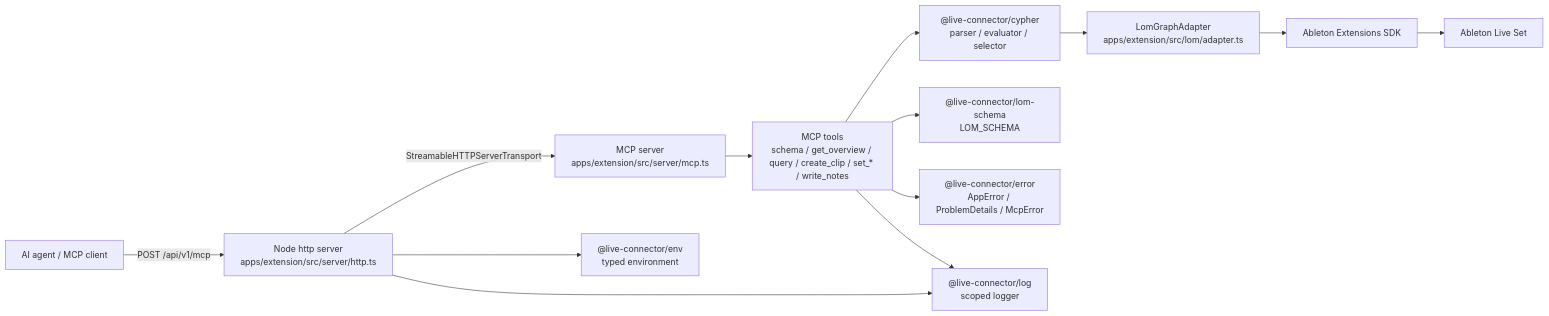
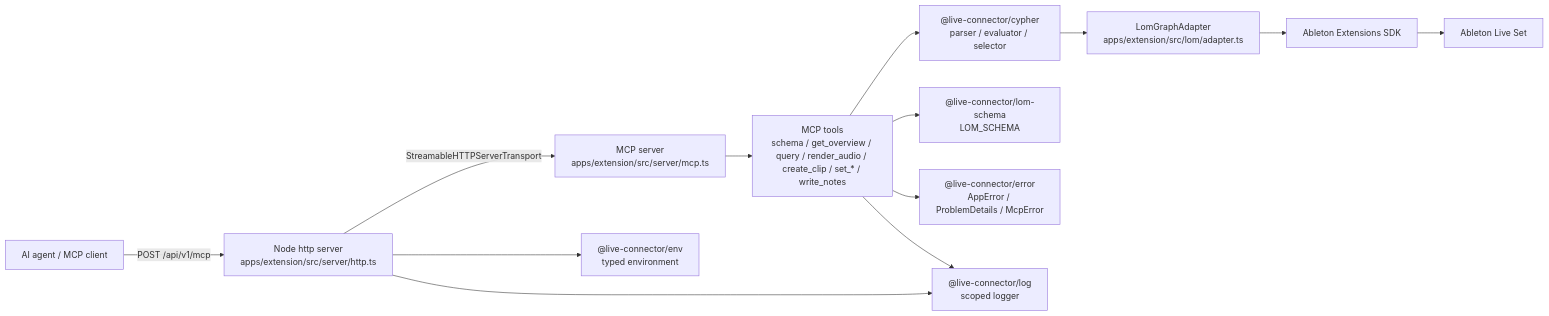
Before and after one commit to philtzjp/live-connector: the first of 7 diagrams in llm/ARCHITECTURE.md, drawn with Mermaid. The commit also changed other lines of this file and 1 other file, not shown here.

Commit message:
docs(llm): render_audio モデルを追加する

````diff
--- a/llm/ARCHITECTURE.md
+++ b/llm/ARCHITECTURE.md
@@ -9,28 +9,28 @@
 ```mermaid
 flowchart LR
     agent["AI agent / MCP client"]
     http["Node http server<br/>apps/extension/src/server/http.ts"]
     mcp["MCP server<br/>apps/extension/src/server/mcp.ts"]
-    tools["MCP tools<br/>schema / get_overview / query / create_clip / set_* / write_notes"]
+    tools["MCP tools<br/>schema / get_overview / query / render_audio / create_clip / set_* / write_notes"]
     cypher["@live-connector/cypher<br/>parser / evaluator / selector"]
     adapter["LomGraphAdapter<br/>apps/extension/src/lom/adapter.ts"]
     sdk["Ableton Extensions SDK"]
     live["Ableton Live Set"]
     schema["@live-connector/lom-schema<br/>LOM_SCHEMA"]
     env["@live-connector/env<br/>typed environment"]
     error["@live-connector/error<br/>AppError / ProblemDetails / McpError"]
     log["@live-connector/log<br/>scoped logger"]
 
     agent -->|"POST /api/v1/mcp"| http
     http -->|"StreamableHTTPServerTransport"| mcp
     mcp --> tools
     tools --> cypher
     tools --> schema
     cypher --> adapter
     adapter --> sdk
     sdk --> live
     http --> env
     tools --> error
     http --> log
     tools --> log
 ```
````
